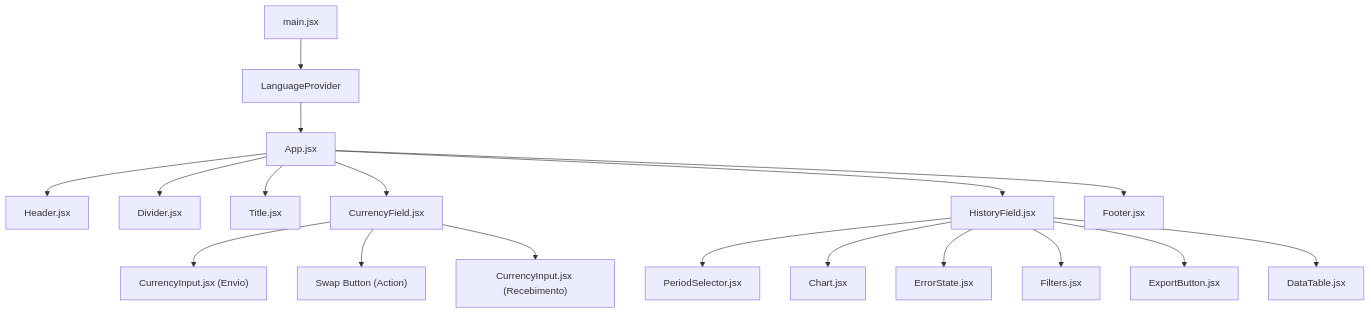
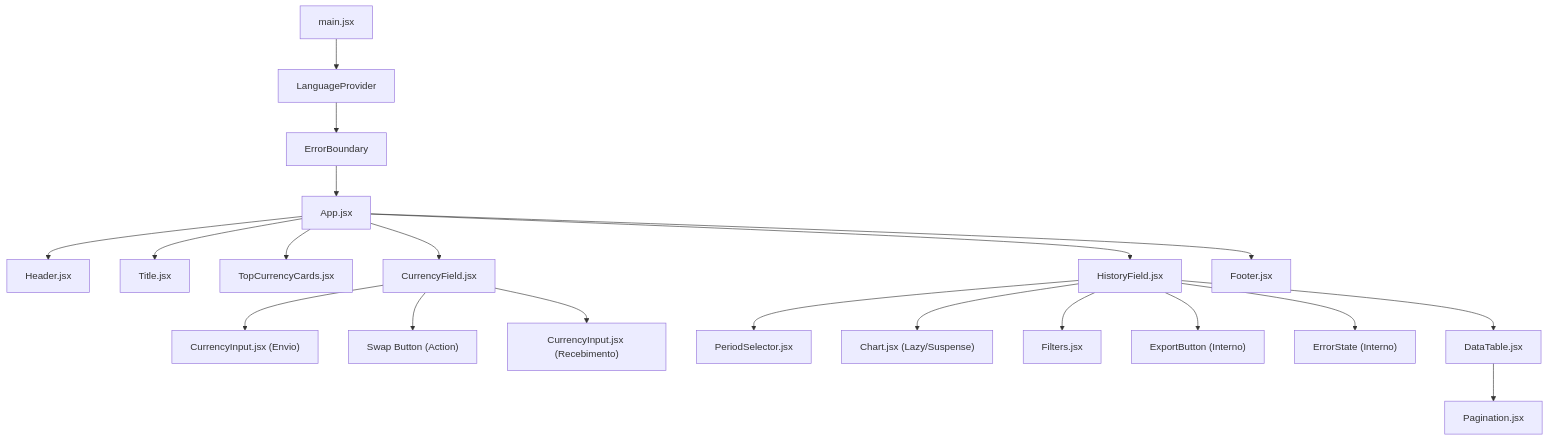
One commit to GleissonPDias/p1-currency-exchange-app changed the diagram in currency-exchange-app/docs/COMPONENTS.md. Above: the diagram before and after it, drawn with Mermaid. The commit also changed other lines of this file and 45 other files, not shown here.

````diff
--- a/currency-exchange-app/docs/COMPONENTS.md
+++ b/currency-exchange-app/docs/COMPONENTS.md
@@ -18,20 +18,25 @@
 ```mermaid
 graph TD
     Main[main.jsx] --> LP[LanguageProvider]
-    LP --> App[App.jsx]
+    LP --> EB[ErrorBoundary]
+    EB --> App[App.jsx]
+
     App --> Header[Header.jsx]
-    App --> Divider[Divider.jsx]
     App --> Title[Title.jsx]
+    App --> TopCards[TopCurrencyCards.jsx]
     App --> CF[CurrencyField.jsx]
+    App --> HF[HistoryField.jsx]
+    App --> Footer[Footer.jsx]
+
     CF --> CI1["CurrencyInput.jsx (Envio)"]
     CF --> Swap["Swap Button (Action)"]
     CF --> CI2["CurrencyInput.jsx (Recebimento)"]
-    App --> HF[HistoryField.jsx]
+
     HF --> PS[PeriodSelector.jsx]
-    HF --> Chart[Chart.jsx]
-    HF --> ES[ErrorState.jsx]
+    HF --> Chart["Chart.jsx (Lazy/Suspense)"]
     HF --> Filters[Filters.jsx]
-    HF --> EB[ExportButton.jsx]
+    HF --> ExportBtn["ExportButton (Interno)"]
+    HF --> ErrorSt["ErrorState (Interno)"]
     HF --> DT[DataTable.jsx]
-    App --> Footer[Footer.jsx]
+    DT --> Pag[Pagination.jsx]
 ```
````
